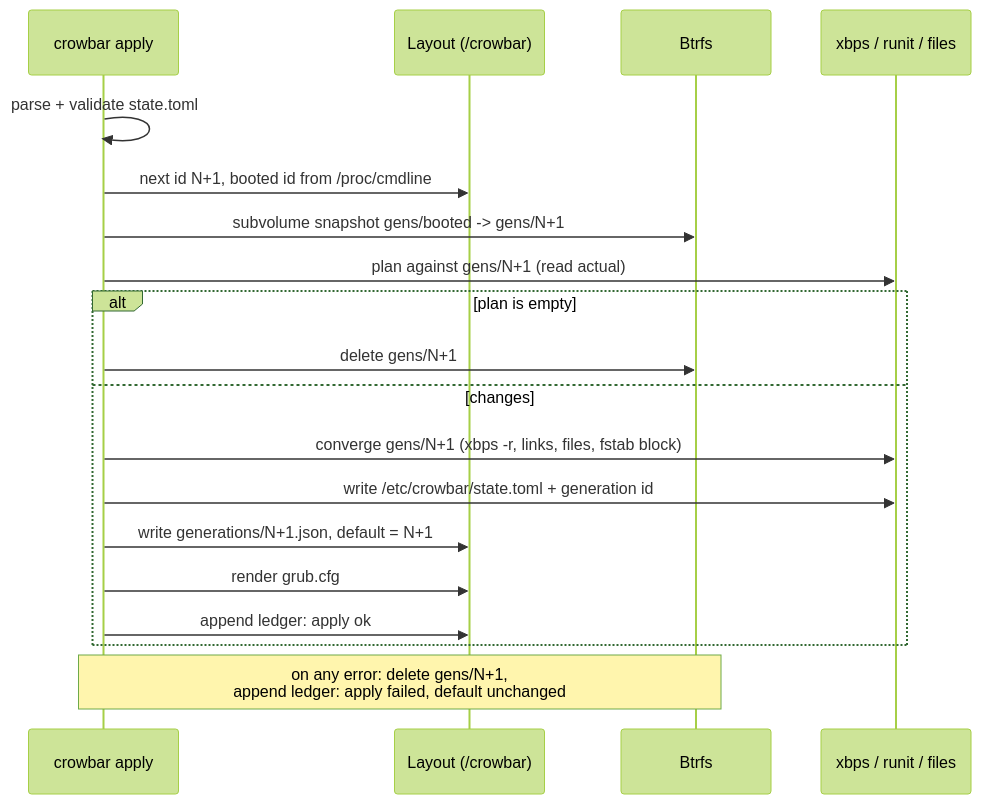
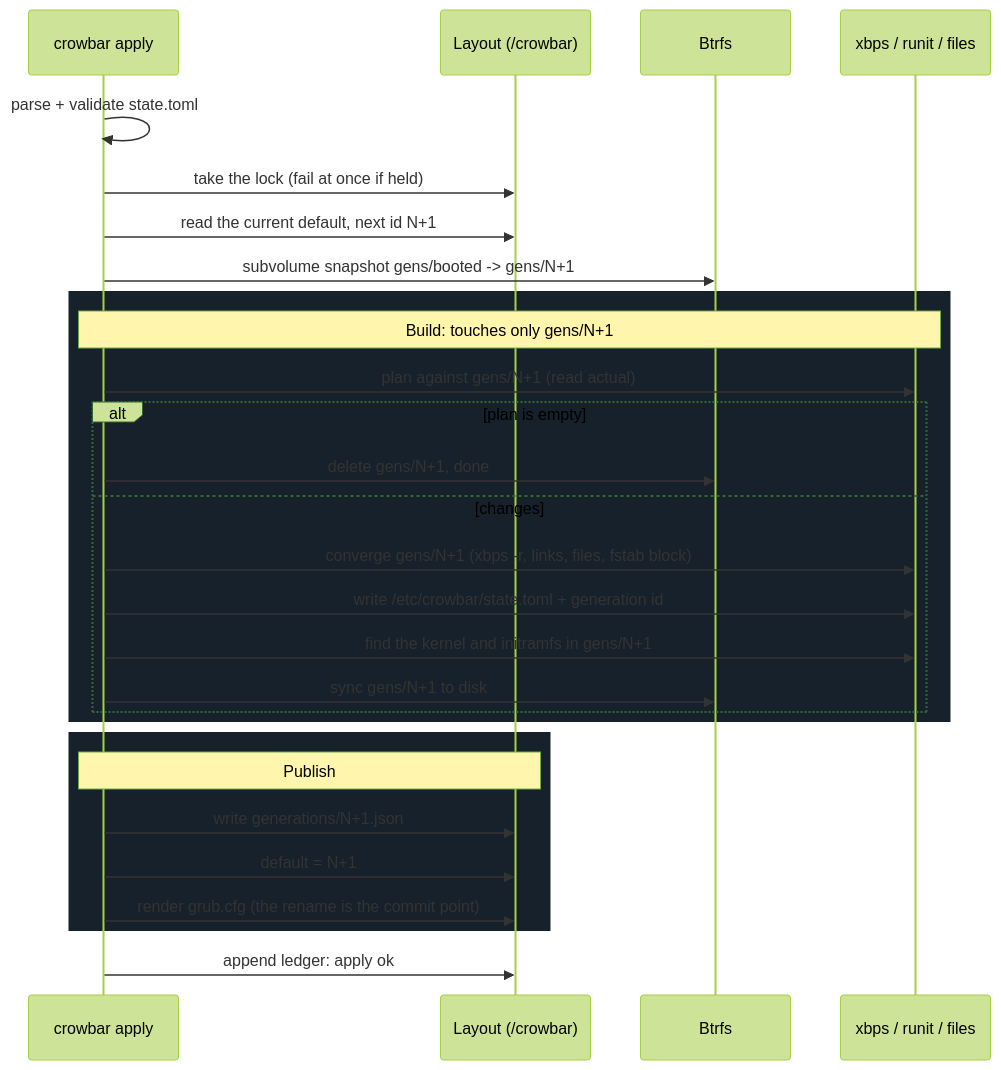
Before and after one commit to crowbaros/crowbaros: the fifth of 6 diagrams in docs/agent-first/design/state-and-apply-engine.md, drawn with Mermaid (forest theme). The commit also changed other lines of this file and 25 other files, not shown here.

````diff
--- a/docs/agent-first/design/state-and-apply-engine.md
+++ b/docs/agent-first/design/state-and-apply-engine.md
@@ -285,21 +568,30 @@
 ```mermaid
 sequenceDiagram
     participant C as crowbar apply
     participant L as Layout (/crowbar)
     participant B as Btrfs
     participant X as xbps / runit / files
     C->>C: parse + validate state.toml
-    C->>L: next id N+1, booted id from /proc/cmdline
+    C->>L: take the lock (fail at once if held)
+    C->>L: read the current default, next id N+1
     C->>B: subvolume snapshot gens/booted -> gens/N+1
+    rect rgb(23, 33, 43)
+    Note over C,X: Build: touches only gens/N+1
     C->>X: plan against gens/N+1 (read actual)
     alt plan is empty
-        C->>B: delete gens/N+1
+        C->>B: delete gens/N+1, done
     else changes
         C->>X: converge gens/N+1 (xbps -r, links, files, fstab block)
         C->>X: write /etc/crowbar/state.toml + generation id
-        C->>L: write generations/N+1.json, default = N+1
-        C->>L: render grub.cfg
-        C->>L: append ledger: apply ok
+        C->>X: find the kernel and initramfs in gens/N+1
+        C->>B: sync gens/N+1 to disk
     end
-    Note over C,B: on any error: delete gens/N+1,<br/>append ledger: apply failed, default unchanged
+    end
+    rect rgb(23, 33, 43)
+    Note over C,L: Publish
+    C->>L: write generations/N+1.json
+    C->>L: default = N+1
+    C->>L: render grub.cfg (the rename is the commit point)
+    end
+    C->>L: append ledger: apply ok
 ```
````
